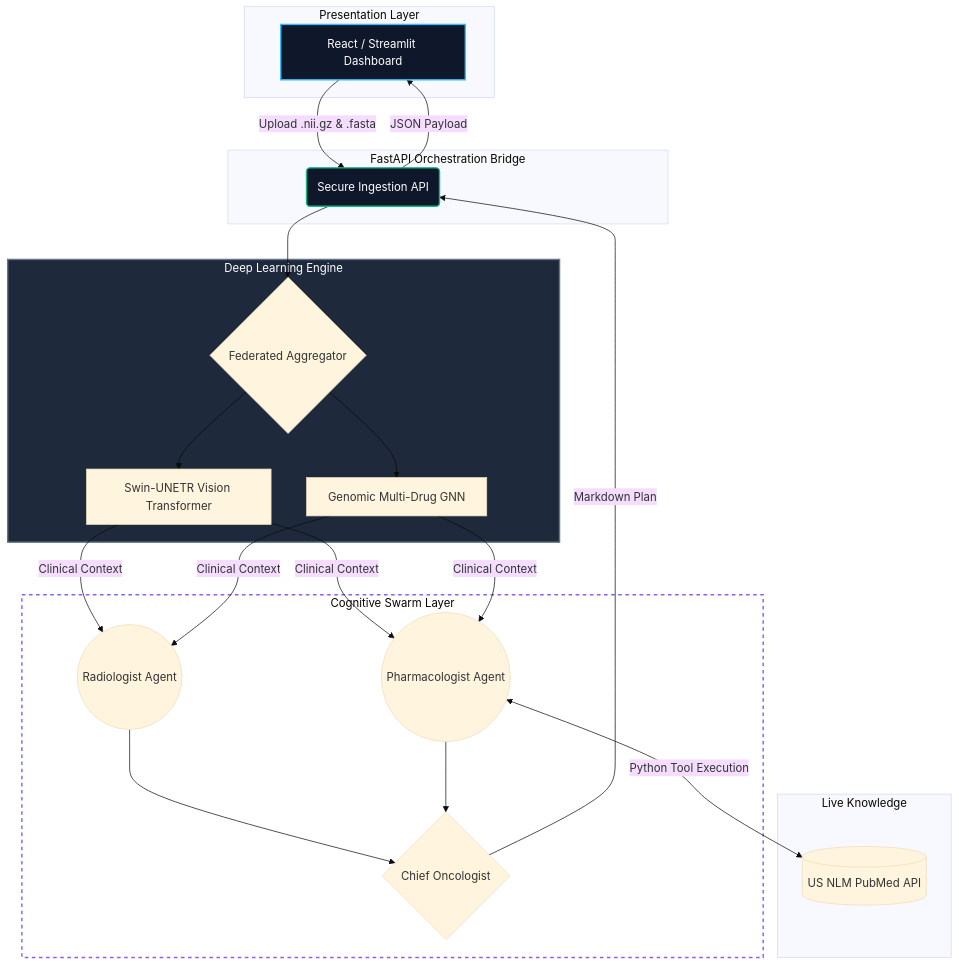
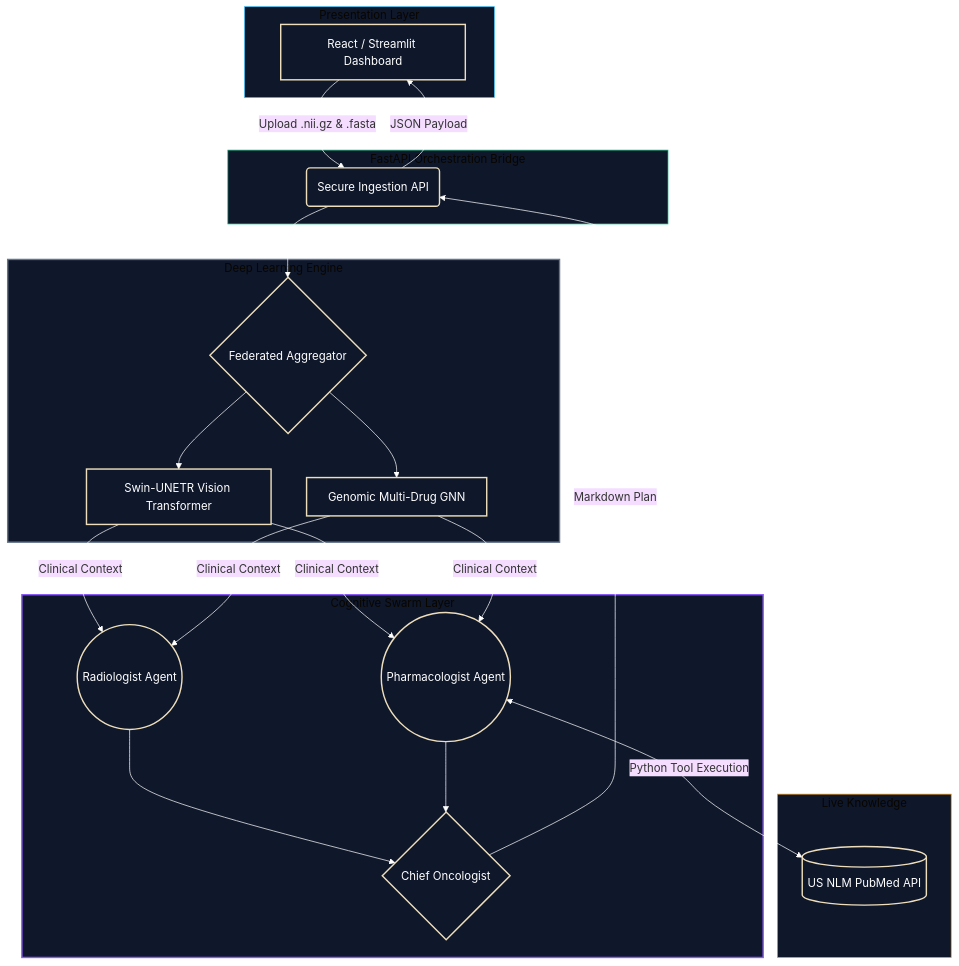
Before and after one commit to Arjo216/Medica-Empower-Pro: the diagram in README.md, drawn with Mermaid (base theme).

Commit message:
Refactor mermaid diagram in README.md
Updated the mermaid diagram styles and structure for better visibility and organization.

````diff
--- a/README.md
+++ b/README.md
@@ -29,41 +29,52 @@
 ```mermaid
 graph TD
-    subgraph Frontend [Presentation Layer]
+    %% General link style to force light-colored arrows for maximum visibility on all backgrounds
+    linkStyle default stroke:white
+
+    subgraph PresentationLayer [Presentation Layer]
         A[React / Streamlit Dashboard]
     end
 
-    subgraph Backend [FastAPI Orchestration Bridge]
+    subgraph BridgeLayer [FastAPI Orchestration Bridge]
         B(Secure Ingestion API)
     end
 
-    subgraph Perception [Deep Learning Engine]
+    subgraph DeepLearningLayer [Deep Learning Engine]
         C{Federated Aggregator}
         D[Swin-UNETR Vision Transformer]
         E[Genomic Multi-Drug GNN]
     end
 
-    subgraph Cognition [Cognitive Swarm Layer]
+    subgraph CognitiveLayer [Cognitive Swarm Layer]
         F((Radiologist Agent))
         G((Pharmacologist Agent))
         H{Chief Oncologist}
     end
 
-    subgraph External [Live Knowledge]
+    subgraph ExternalLayer [Live Knowledge]
         I[(US NLM PubMed API)]
     end
 
     A -->|Upload .nii.gz & .fasta| B
     B --> C
     C --> D & E
     D & E -->|Clinical Context| F & G
     G <-->|Python Tool Execution| I
     F --> H
     G --> H
     H -->|Markdown Plan| B
     B -->|JSON Payload| A
 
-    style A fill:#0f172a,stroke:#38bdf8,stroke-width:2px,color:#fff
-    style B fill:#0f172a,stroke:#10b981,stroke-width:2px,color:#fff
-    style Perception fill:#1e293b,stroke:#64748b,stroke-width:2px,color:#fff
-    style Cognition fill:transparent,stroke:#8b5cf6,stroke-width:2px,stroke-dasharray: 5 5
+    %% Node and Subgraph Styling
+    classDef darkNode fill:#0f172a,color:#fff,stroke-width:2px;
+
+    %% Assign all nodes to the general darkNode class
+    class A,B,C,D,E,F,G,H,I darkNode;
+
+    %% Subgraph-specific styling for container outlines and solid, deep dark backgrounds
+    style PresentationLayer fill:#0f172a,stroke:#38bdf8,stroke-width:2px; %% Blue outline
+    style BridgeLayer fill:#0f172a,stroke:#10b981,stroke-width:2px; %% Green outline
+    style DeepLearningLayer fill:#0f172a,stroke:#64748b,stroke-width:2px,stroke-dasharray: 5 5; %% Grey dashed outline for engine
+    style CognitiveLayer fill:#0f172a,stroke:#8b5cf6,stroke-width:2px,stroke-dasharray: 5 5; %% Purple dashed outline for layer
+    style ExternalLayer fill:#0f172a,stroke:#f59e0b,stroke-width:2px; %% Amber outline for External
 ```
````
